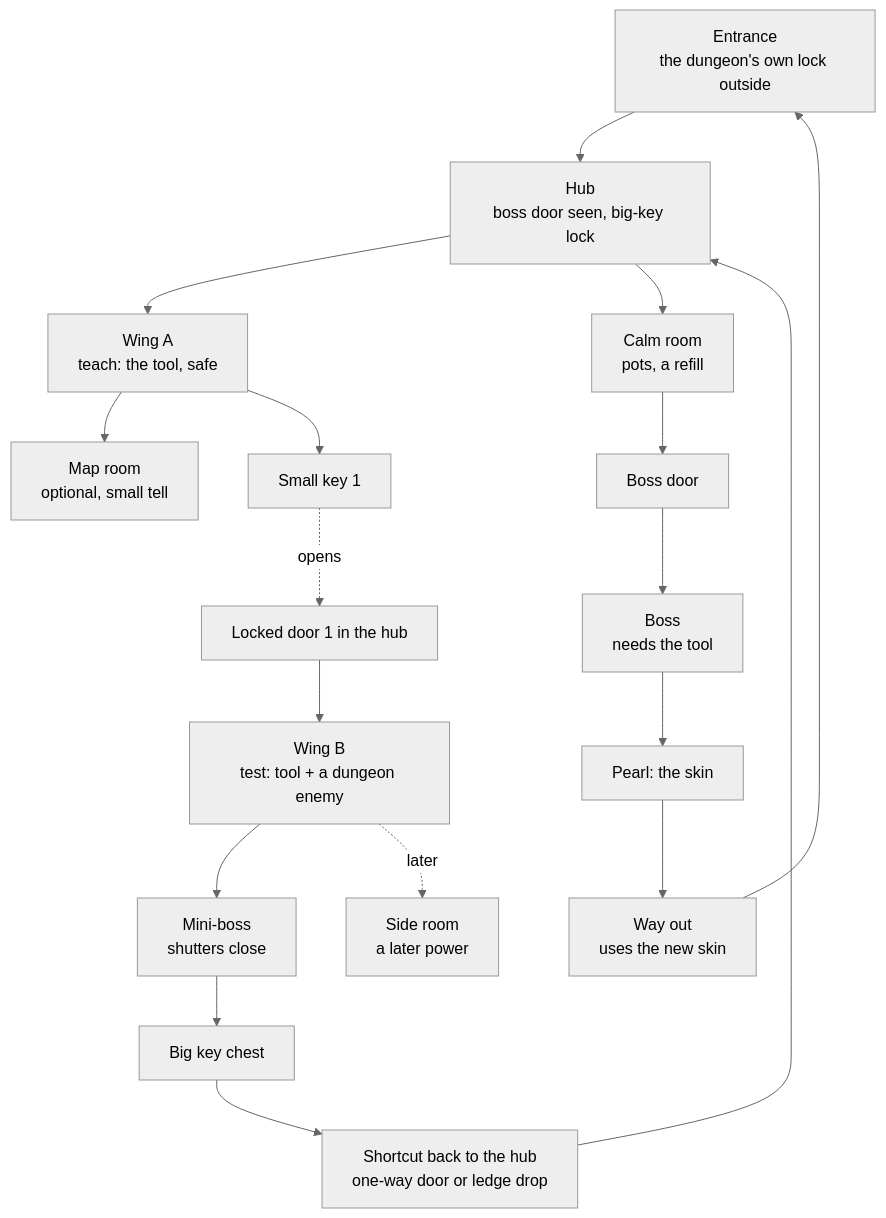
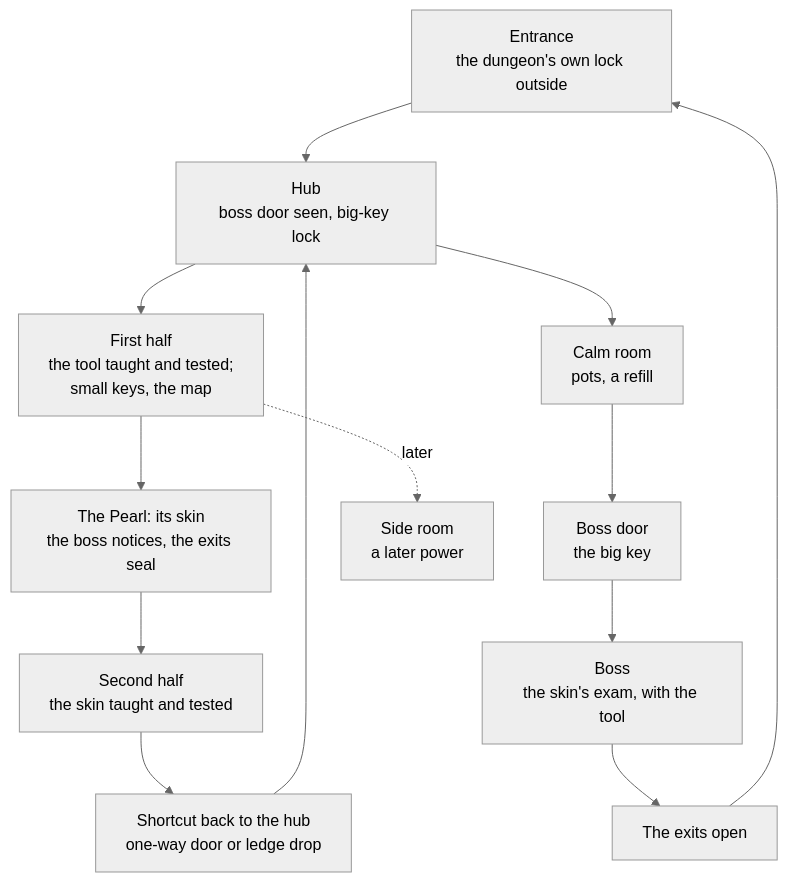
The diagram in docs/design/2026-10-16-level-design.md (jason840917gmail/Slime_Isa), drawn with Mermaid (neutral theme) before and after one commit. The commit also changed other lines of this file and 231 other files, not shown here.

````diff
--- a/docs/design/2026-10-16-level-design.md
+++ b/docs/design/2026-10-16-level-design.md
@@ -524,20 +542,15 @@
 ```mermaid
 flowchart TD
   E[Entrance<br/>the dungeon's own lock outside] --> H[Hub<br/>boss door seen, big-key lock]
-  H --> A1[Wing A<br/>teach: the tool, safe]
-  A1 --> M[Map room<br/>optional, small tell]
-  A1 --> K1[Small key 1]
-  K1 -. opens .-> D1[Locked door 1 in the hub]
-  D1 --> B1[Wing B<br/>test: tool + a dungeon enemy]
-  B1 --> MB[Mini-boss<br/>shutters close]
-  MB --> BK[Big key chest]
-  BK --> S1[Shortcut back to the hub<br/>one-way door or ledge drop]
+  H --> FH[First half<br/>the tool taught and tested;<br/>small keys, the map]
+  FH --> P[The Pearl: its skin<br/>the boss notices, the exits seal]
+  P --> SH[Second half<br/>the skin taught and tested]
+  SH --> S1[Shortcut back to the hub<br/>one-way door or ledge drop]
   S1 --> H
   H --> AR[Calm room<br/>pots, a refill]
-  AR --> BD[Boss door]
-  BD --> BO[Boss<br/>needs the tool]
-  BO --> P[Pearl: the skin]
-  P --> X[Way out<br/>uses the new skin]
+  AR --> BD[Boss door<br/>the big key]
+  BD --> BO[Boss<br/>the skin's exam, with the tool]
+  BO --> X[The exits open]
   X --> E
-  B1 -. later .-> CB[Side room<br/>a later power]
+  FH -. later .-> CB[Side room<br/>a later power]
 ```
````
